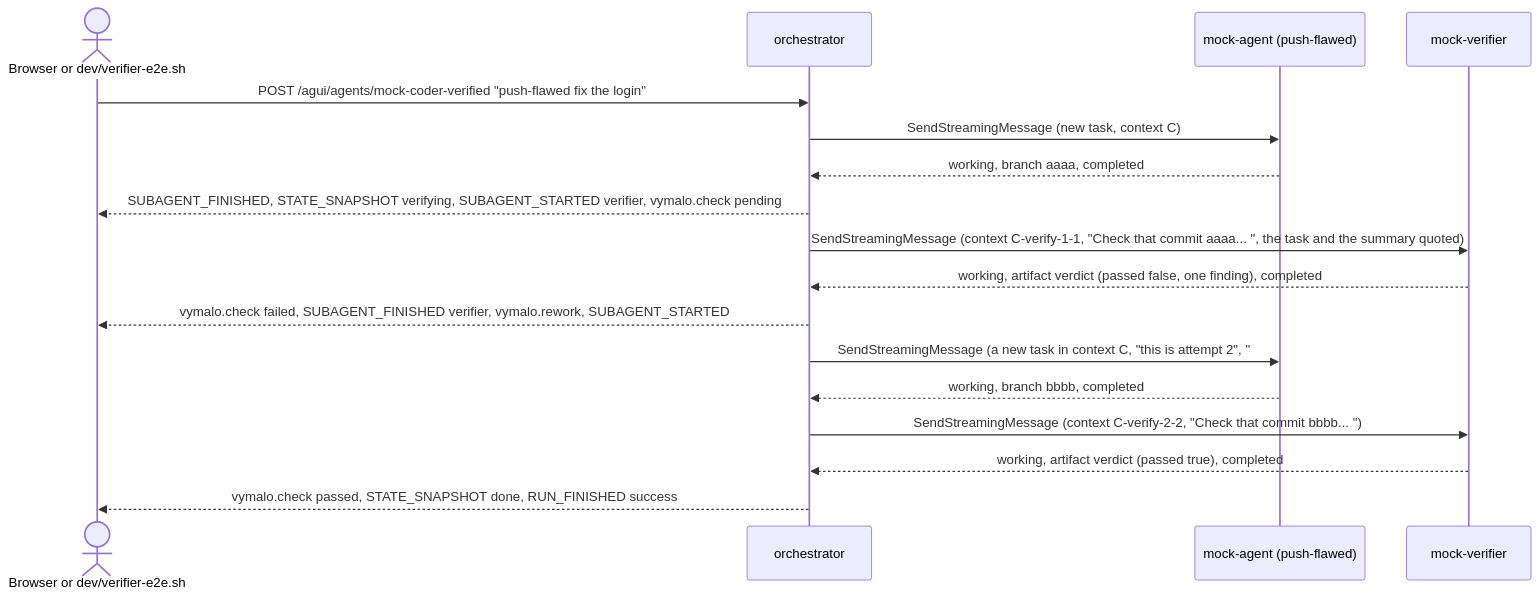
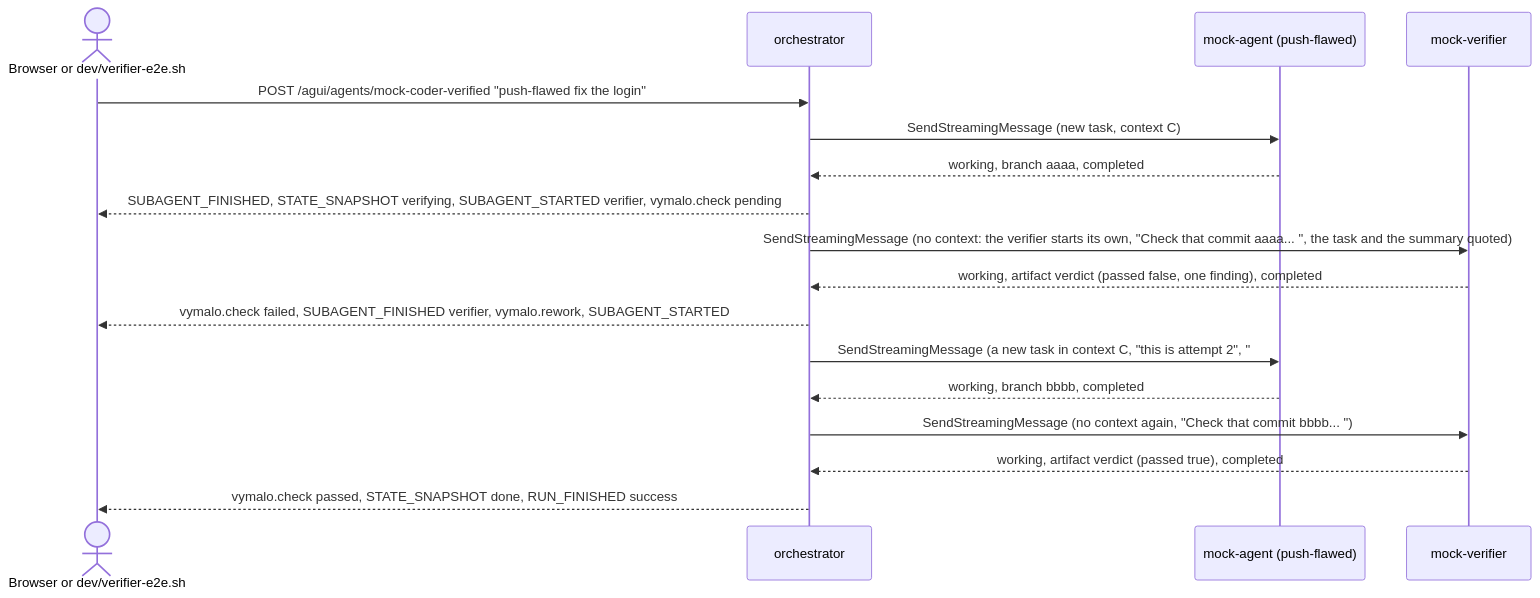
Diagram 33 of 41 in dev/README.md (vymalo/another-agentic-system), drawn with Mermaid before and after one commit. The commit also changed other lines of this file and 145 other files, not shown here.

````diff
--- a/dev/README.md
+++ b/dev/README.md
@@ -2093,19 +2254,19 @@
 ```mermaid
 sequenceDiagram
   actor U as Browser or dev/verifier-e2e.sh
   participant O as orchestrator
   participant M as mock-agent (push-flawed)
   participant V as mock-verifier
   U->>O: POST /agui/agents/mock-coder-verified "push-flawed fix the login"
   O->>M: SendStreamingMessage (new task, context C)
   M-->>O: working, branch aaaa, completed
   O-->>U: SUBAGENT_FINISHED, STATE_SNAPSHOT verifying, SUBAGENT_STARTED verifier, vymalo.check pending
-  O->>V: SendStreamingMessage (context C-verify-1-1, "Check that commit aaaa... ", the task and the summary quoted)
+  O->>V: SendStreamingMessage (no context: the verifier starts its own, "Check that commit aaaa... ", the task and the summary quoted)
   V-->>O: working, artifact verdict (passed false, one finding), completed
   O-->>U: vymalo.check failed, SUBAGENT_FINISHED verifier, vymalo.rework, SUBAGENT_STARTED
   O->>M: SendStreamingMessage (a new task in context C, "this is attempt 2", "### the verifier" and the finding)
   M-->>O: working, branch bbbb, completed
-  O->>V: SendStreamingMessage (context C-verify-2-2, "Check that commit bbbb... ")
+  O->>V: SendStreamingMessage (no context again, "Check that commit bbbb... ")
   V-->>O: working, artifact verdict (passed true), completed
   O-->>U: vymalo.check passed, STATE_SNAPSHOT done, RUN_FINISHED success
 ```
````
